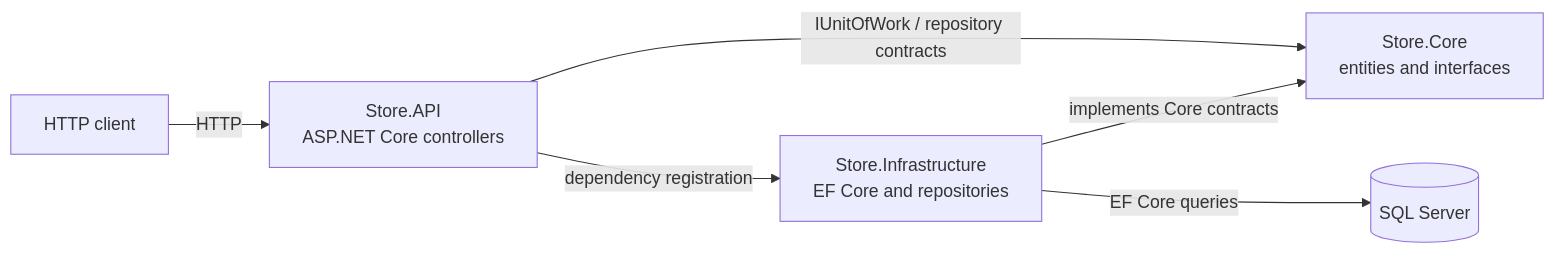
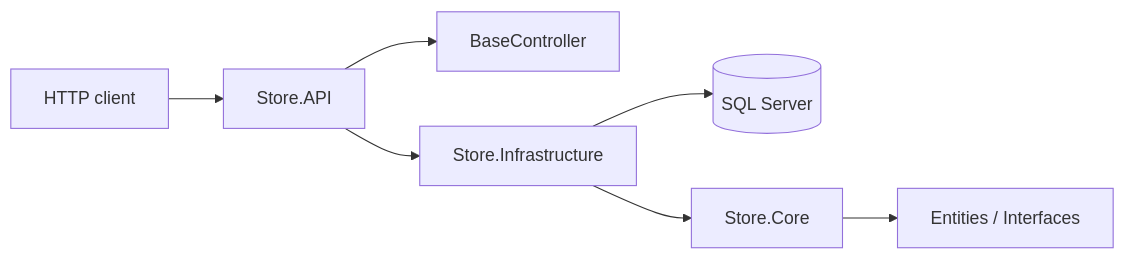
Before and after one commit to abdelrahman-kamel-elgendy/Store-backend: the diagram in README.md, drawn with Mermaid. The commit also changed other lines of this file and 32 other files, not shown here.

First line of the commit message:
Refactor API Controllers and Services for Generic CRUD Operations

````diff
--- a/README.md
+++ b/README.md
@@ -73,14 +76,9 @@
 ```mermaid
 flowchart LR
-    Client[HTTP client]
-    API[Store.API<br/>ASP.NET Core controllers]
-    Core[Store.Core<br/>entities and interfaces]
-    Infra[Store.Infrastructure<br/>EF Core and repositories]
-    DB[(SQL Server)]
-
-    Client -->|HTTP| API
-    API -->|IUnitOfWork / repository contracts| Core
-    API -->|dependency registration| Infra
-    Infra -->|implements Core contracts| Core
-    Infra -->|EF Core queries| DB
+    Client[HTTP client] --> API[Store.API]
+    API --> Base[BaseController<TResponse, ...>]
+    API --> Infra[Store.Infrastructure]
+    Infra --> Db[(SQL Server)]
+    Infra --> Core[Store.Core]
+    Core --> Entities[Entities / Interfaces]
 ```
````
